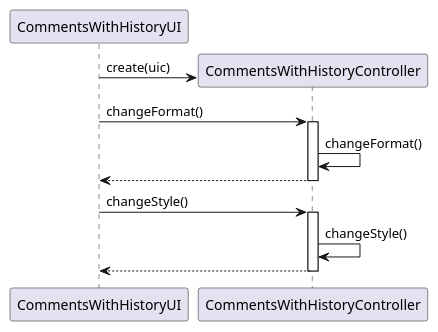
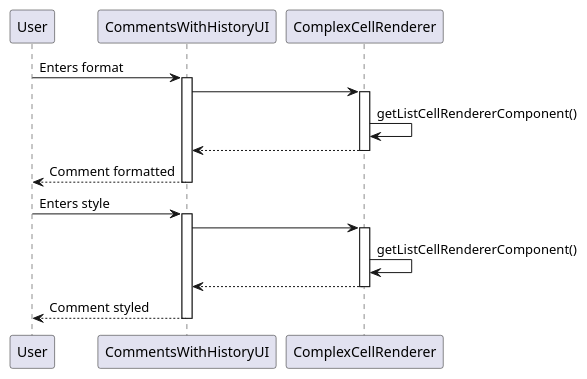
Before and after one commit to MikeTekOn/lapr4-2017-2dd: the diagram in src/main/java/lapr4/green/s2/core/n1150901/richCommentsAndHistory/domain/us8_design_1.puml, drawn with PlantUML. The commit also changed 4 other files, not shown here.

Commit message:
LAPR4E17DD-217 #resolve #time 4h #comment I've completed the design of this user story.

```diff
--- a/src/main/java/lapr4/green/s2/core/n1150901/richCommentsAndHistory/domain/us8_design_1.puml
+++ b/src/main/java/lapr4/green/s2/core/n1150901/richCommentsAndHistory/domain/us8_design_1.puml
@@ -1,20 +1,30 @@
 @startuml core02_03_design1.png
 
+    participant "User" as user
     participant "CommentsWithHistoryUI" as ui
-    participant "CommentsWithHistoryController" as ctrl
+    participant "ComplexCellRenderer" as renderer
     
-    create ctrl
-    ui -> ctrl : create(uic)
+    user -> ui : Enters format
+    activate ui
 
-    ui -> ctrl : changeFormat()
-    activate ctrl
-    ctrl -> ctrl : changeFormat()
-    ui <-- ctrl
-    deactivate ctrl
+    ui -> renderer
+    activate renderer
+    renderer -> renderer : getListCellRendererComponent()
+    ui <-- renderer
+    deactivate renderer
 
-    ui -> ctrl : changeStyle()
-    activate ctrl
-    ctrl -> ctrl : changeStyle()
-    ui <-- ctrl
-    deactivate ctrl
+    user <-- ui : Comment formatted
+    deactivate ui
+
+    user -> ui : Enters style
+    activate ui
+
+    ui -> renderer
+    activate renderer
+    renderer -> renderer : getListCellRendererComponent()
+    ui <-- renderer
+    deactivate renderer
+    user <-- ui : Comment styled
+    deactivate ui
+
 @enduml
```
